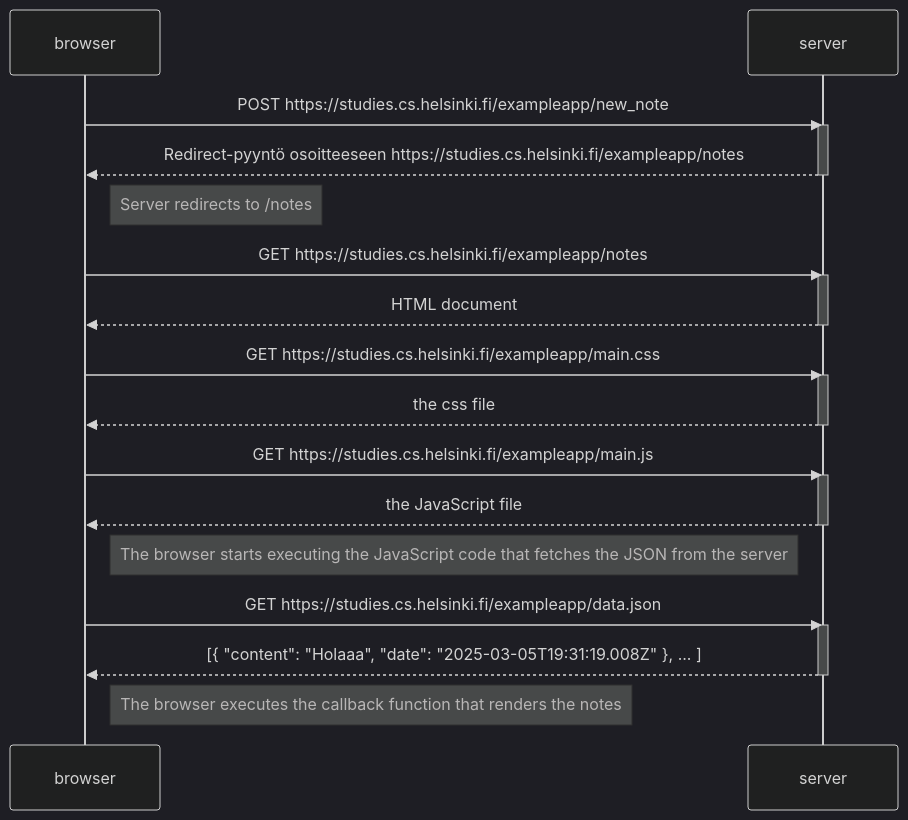
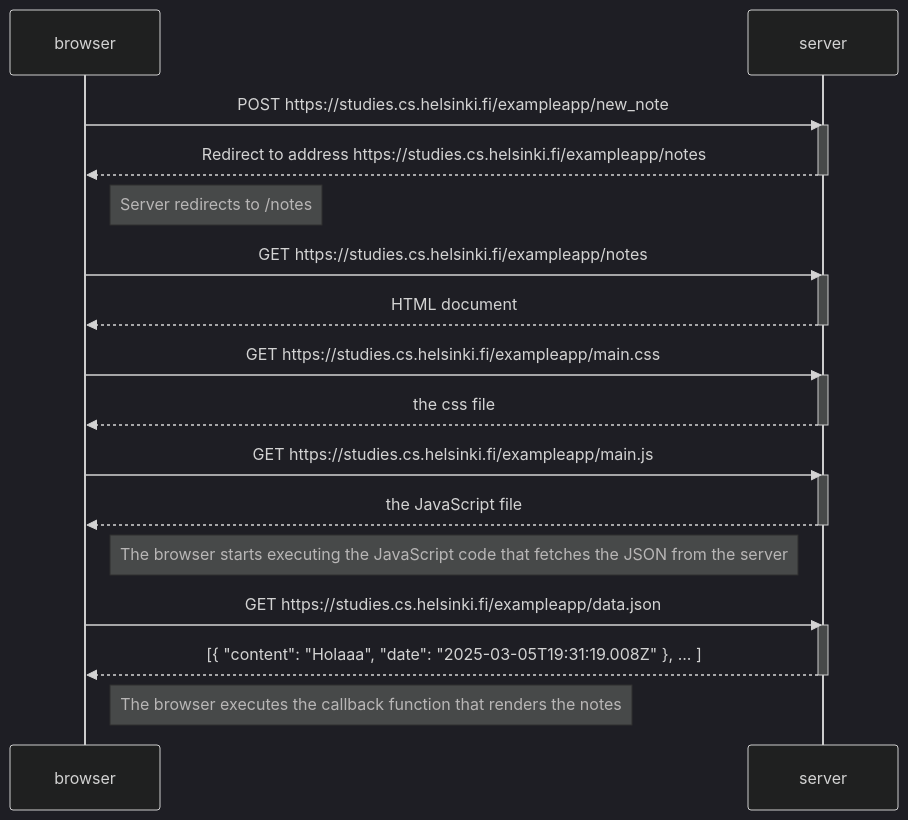
The diagram in Tiedon_postaus.md (sarkilahtisa/Palautusrepositorio), drawn with Mermaid (dark theme) before and after one commit.

Commit message:
Update Tiedon_postaus.md
Vaihdettu kommenttia kaaviossa englanniksi.

````diff
--- a/Tiedon_postaus.md
+++ b/Tiedon_postaus.md
@@ -1,36 +1,36 @@
 ```mermaid
 sequenceDiagram
     participant browser
     participant server
     
     browser->>server: POST https://studies.cs.helsinki.fi/exampleapp/new_note
     activate server
-    server-->>browser: Redirect-pyyntö osoitteeseen https://studies.cs.helsinki.fi/exampleapp/notes
+    server-->>browser: Redirect to address https://studies.cs.helsinki.fi/exampleapp/notes
     deactivate server
 
     Note right of browser: Server redirects to /notes
     
     browser->>server: GET https://studies.cs.helsinki.fi/exampleapp/notes
     activate server
     server-->>browser: HTML document
     deactivate server
     
     browser->>server: GET https://studies.cs.helsinki.fi/exampleapp/main.css
     activate server
     server-->>browser: the css file
     deactivate server
     
     browser->>server: GET https://studies.cs.helsinki.fi/exampleapp/main.js
     activate server
     server-->>browser: the JavaScript file
     deactivate server
     
     Note right of browser: The browser starts executing the JavaScript code that fetches the JSON from the server
     
     browser->>server: GET https://studies.cs.helsinki.fi/exampleapp/data.json
     activate server
     server-->>browser: [{ "content": "Holaaa", "date": "2025-03-05T19:31:19.008Z" }, ... ]
     deactivate server    
 
     Note right of browser: The browser executes the callback function that renders the notes 
 ```
````
